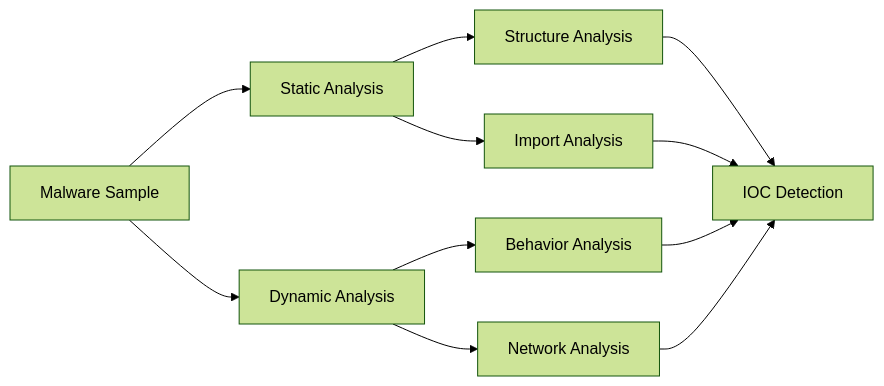
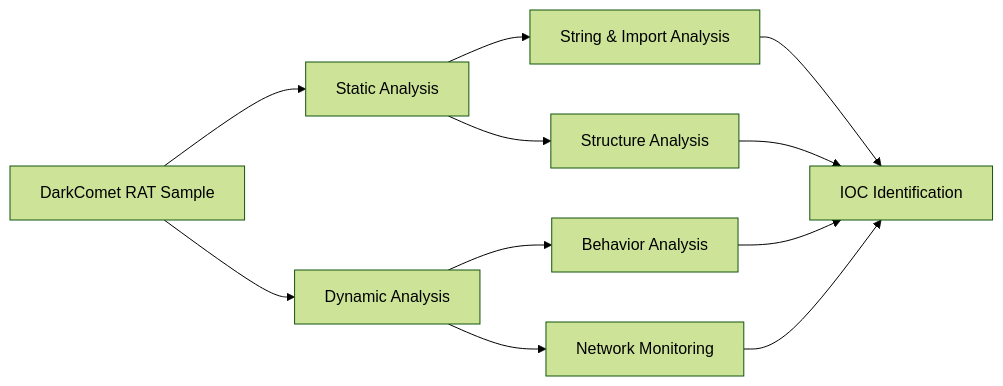
Before and after one commit to aisyahnurms-02/learning-journal: the diagram in week 6/README.md, drawn with Mermaid (forest theme). The commit also changed other lines of this file, not shown here.

First line of the commit message:
Add DarkComet RAT case study to README

````diff
--- a/week 6/README.md
+++ b/week 6/README.md
@@ -159,18 +157,17 @@
 ```mermaid
 flowchart LR
 
-A[Malware Sample]
-A --> B[Static Analysis]
+A[DarkComet RAT Sample] --> B[Static Analysis]
 A --> C[Dynamic Analysis]
 
-B --> D[Structure Analysis]
-B --> E[Import Analysis]
+B --> D[String & Import Analysis]
+B --> E[Structure Analysis]
 
 C --> F[Behavior Analysis]
-C --> G[Network Analysis]
+C --> G[Network Monitoring]
 
-D --> H[IOC Detection]
+D --> H[IOC Identification]
 E --> H
 F --> H
 G --> H
 ```
````
